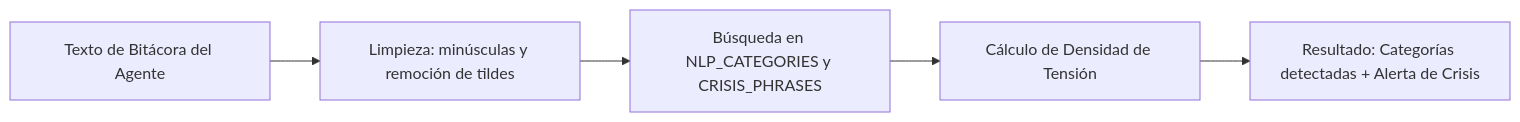
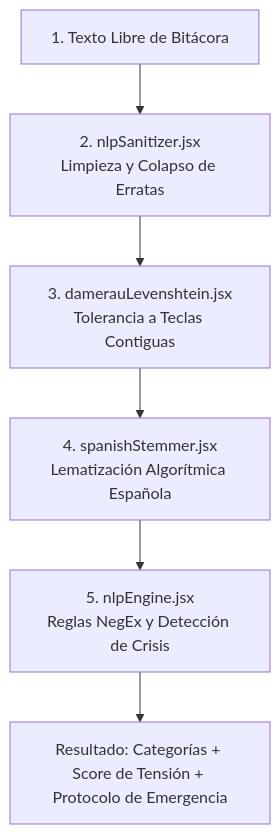
Before and after one commit to SODI1999/Pulso360: the third of 3 diagrams in docs/libro-pulso360/03_arquitectura_core.md, drawn with Mermaid. The commit also changed other lines of this file and 13 other files, not shown here.

````diff
--- a/docs/libro-pulso360/03_arquitectura_core.md
+++ b/docs/libro-pulso360/03_arquitectura_core.md
@@ -154,7 +140,8 @@
 ```mermaid
-graph LR
-    Texto[Texto de Bitácora del Agente] --> Clean[Limpieza: minúsculas y remoción de tildes]
-    Clean --> Match[Búsqueda en NLP_CATEGORIES y CRISIS_PHRASES]
-    Match --> Score[Cálculo de Densidad de Tensión]
-    Score --> Output[Resultado: Categorías detectadas + Alerta de Crisis]
+graph TD
+    Texto[1. Texto Libre de Bitácora] --> S[2. nlpSanitizer.jsx<br>Limpieza y Colapso de Erratas]
+    S --> D[3. damerauLevenshtein.jsx<br>Tolerancia a Teclas Contiguas]
+    D --> St[4. spanishStemmer.jsx<br>Lematización Algorítmica Española]
+    St --> E[5. nlpEngine.jsx<br>Reglas NegEx y Detección de Crisis]
+    E --> Out[Resultado: Categorías + Score de Tensión + Protocolo de Emergencia]
 ```
````
